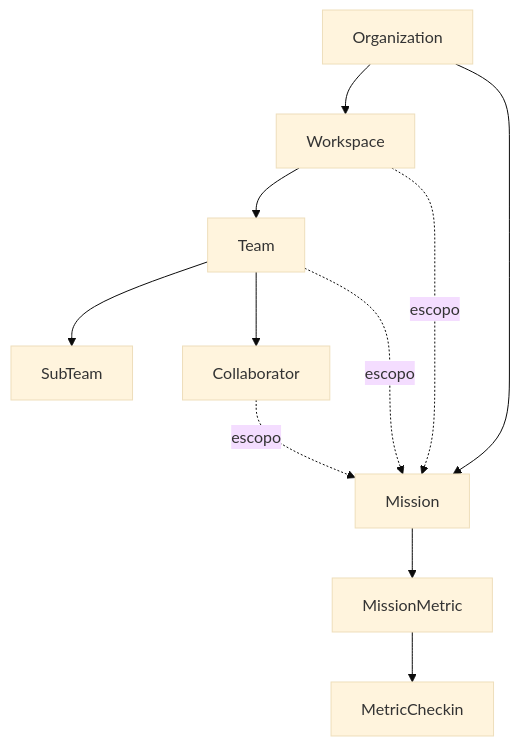
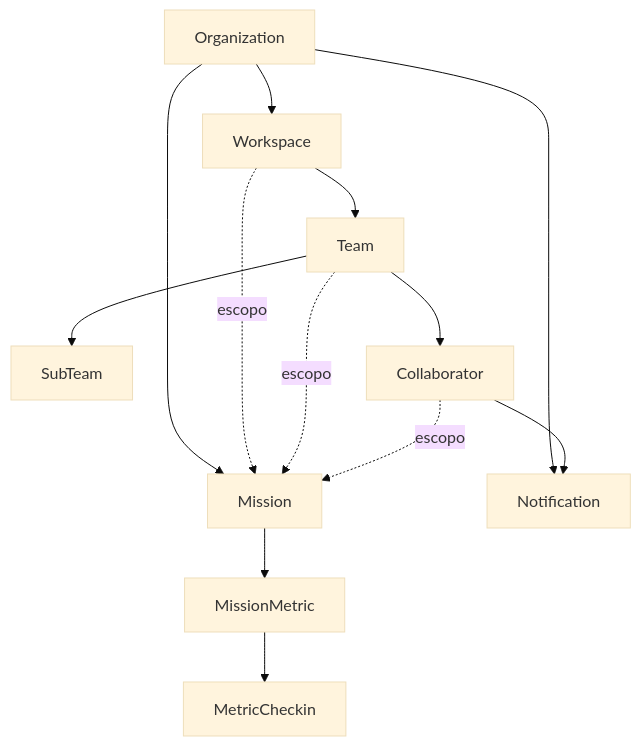
One commit to dsbraz/bud changed the third of 7 diagrams in README.md. Above: the diagram before and after it, drawn with Mermaid (base theme). The commit also changed other lines of this file and 35 other files, not shown here.

````diff
--- a/README.md
+++ b/README.md
@@ -171,24 +171,27 @@
 ```mermaid
 flowchart TD
     O[Organization]
     W[Workspace]
     T[Team]
     ST[SubTeam]
     C[Collaborator]
     M[Mission]
     MM[MissionMetric]
     MC[MetricCheckin]
 
     O --> W
     W --> T
     T --> ST
     T --> C
 
     O --> M
     W -. escopo .-> M
     T -. escopo .-> M
     C -. escopo .-> M
 
     M --> MM
     MM --> MC
+
+    O --> N[Notification]
+    C --> N
 ```
````
